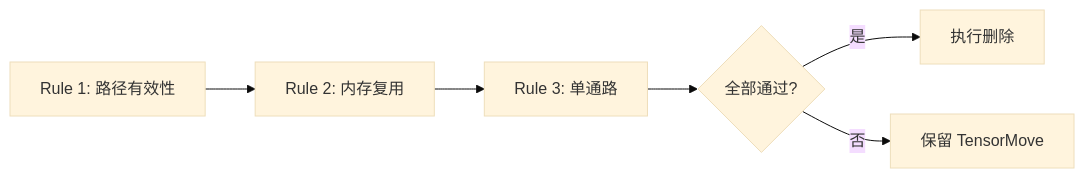
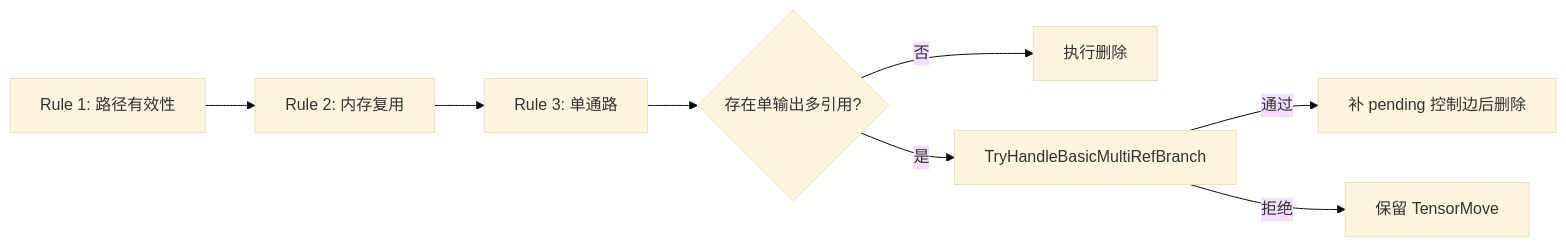
The fourth of 4 diagrams in docs/architecture/features/tensormove_delete.md (hicann/ge), drawn with Mermaid (base theme) before and after one commit. The commit also changed other lines of this file and 3 other files, not shown here.

````diff
--- a/docs/architecture/features/tensormove_delete.md
+++ b/docs/architecture/features/tensormove_delete.md
@@ -176,8 +218,10 @@
 ```mermaid
 flowchart LR
     R1[Rule 1: 路径有效性] --> R2[Rule 2: 内存复用]
     R2 --> R3[Rule 3: 单通路]
-    R3 --> D{全部通过?}
-    D -- 是 --> DEL[执行删除]
-    D -- 否 --> KEEP[保留 TensorMove]
+    R3 --> M{存在单输出多引用?}
+    M -- 否 --> DEL[执行删除]
+    M -- 是 --> H[TryHandleBasicMultiRefBranch]
+    H -- 通过 --> E[补 pending 控制边后删除]
+    H -- 拒绝 --> KEEP[保留 TensorMove]
 ```
````
